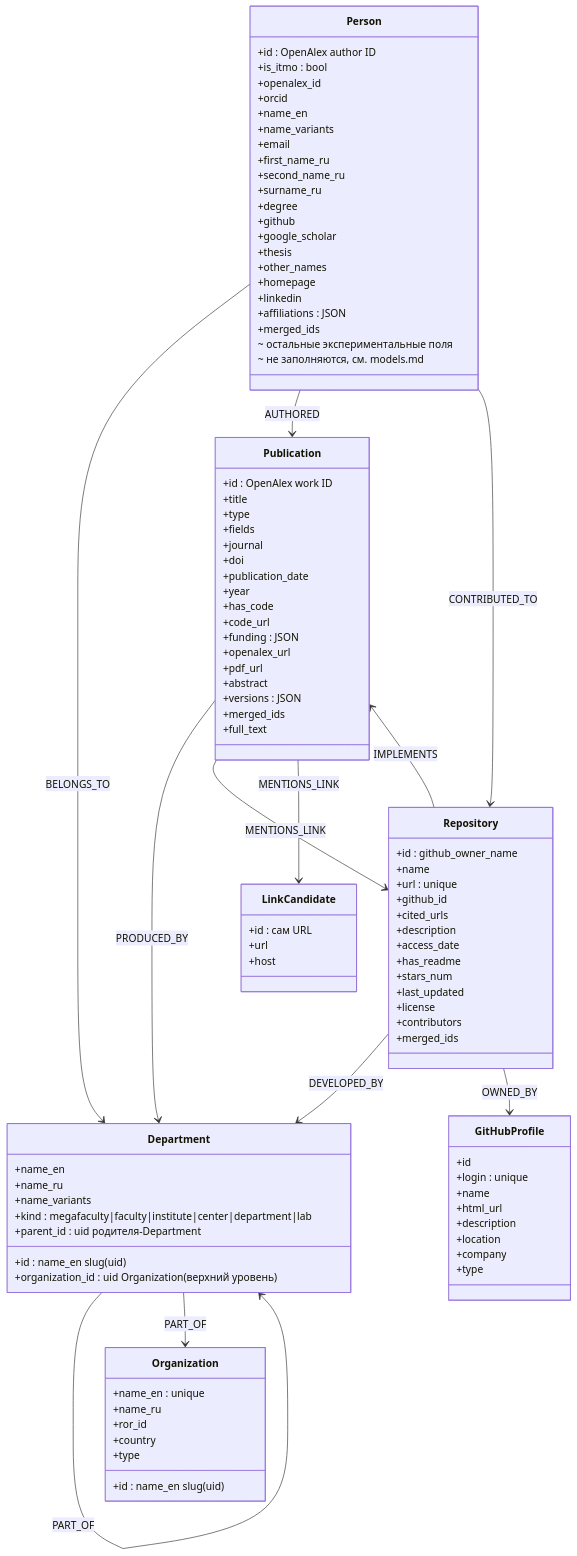
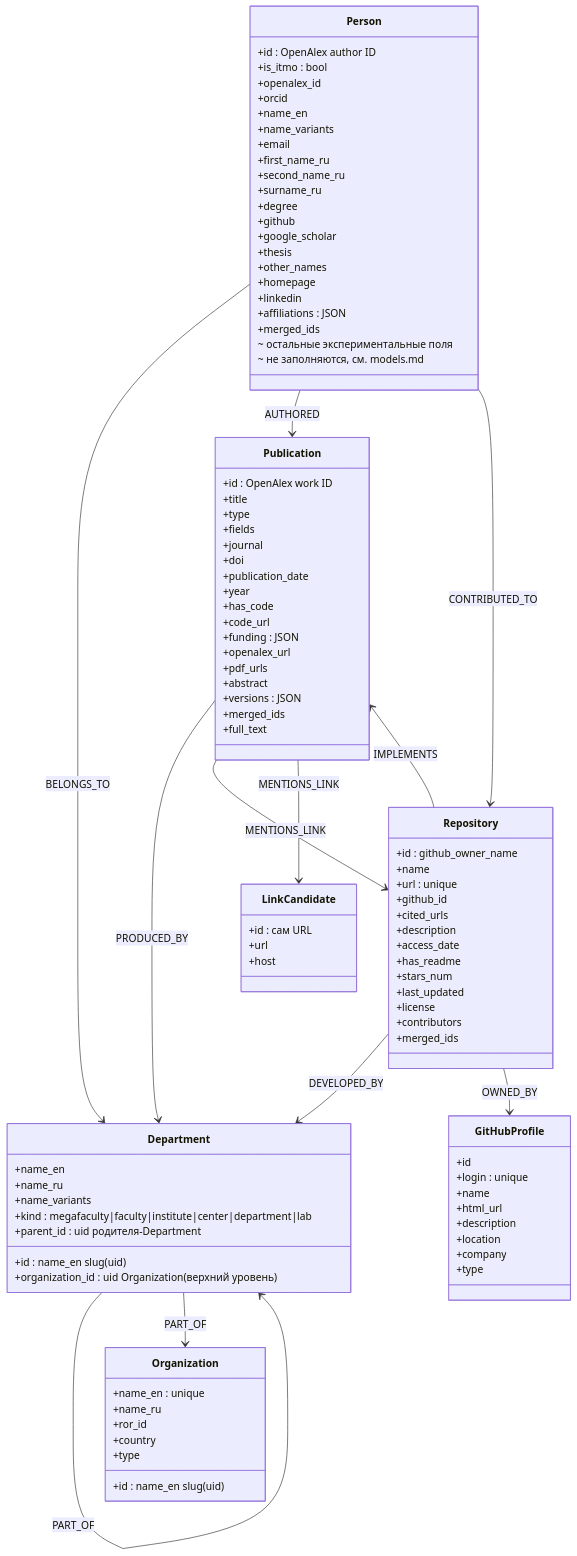
The diagram in docs/diagrams/neo4j-schema.md (ITMO-NSS-team/PAUK), drawn with Mermaid before and after one commit. The commit also changed 29 other files, not shown here.

```diff
--- a/docs/diagrams/neo4j-schema.md
+++ b/docs/diagrams/neo4j-schema.md
@@ -58,7 +58,7 @@
         +code_url
         +funding : JSON
         +openalex_url
-        +pdf_url
+        +pdf_urls
         +abstract
         +versions : JSON
         +merged_ids
```
